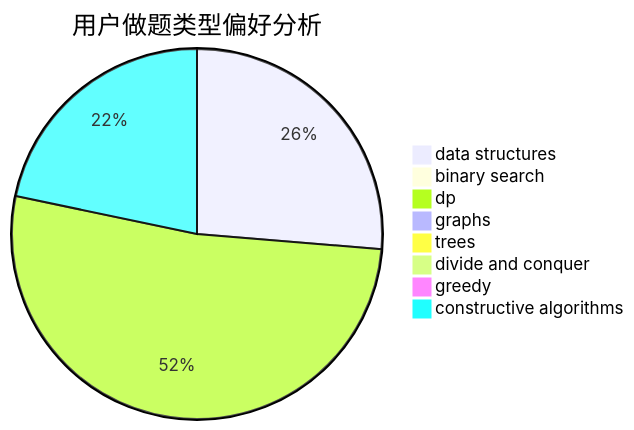
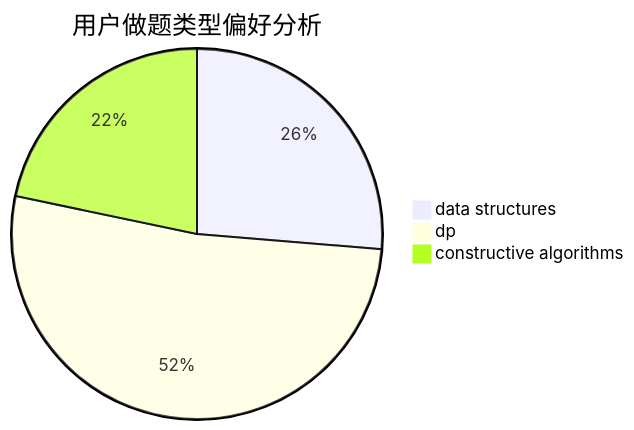
One commit to sherpahu/cfrs.github.io changed the second of 3 diagrams in docs/user/u2302.md. Above: the diagram before and after it, drawn with Mermaid. The commit also changed other lines of this file and 2770 other files, not shown here.

````diff
--- a/docs/user/u2302.md
+++ b/docs/user/u2302.md
@@ -18,11 +15,6 @@
 ```mermaid
 pie title 用户做题类型偏好分析
     "data structures" :  40
-    "binary search" :  0
     "dp" :  79
-    "graphs" :  0
-    "trees" :  0
-    "divide and conquer" :  0
-    "greedy" :  0
     "constructive algorithms" :  33
 ```
````
